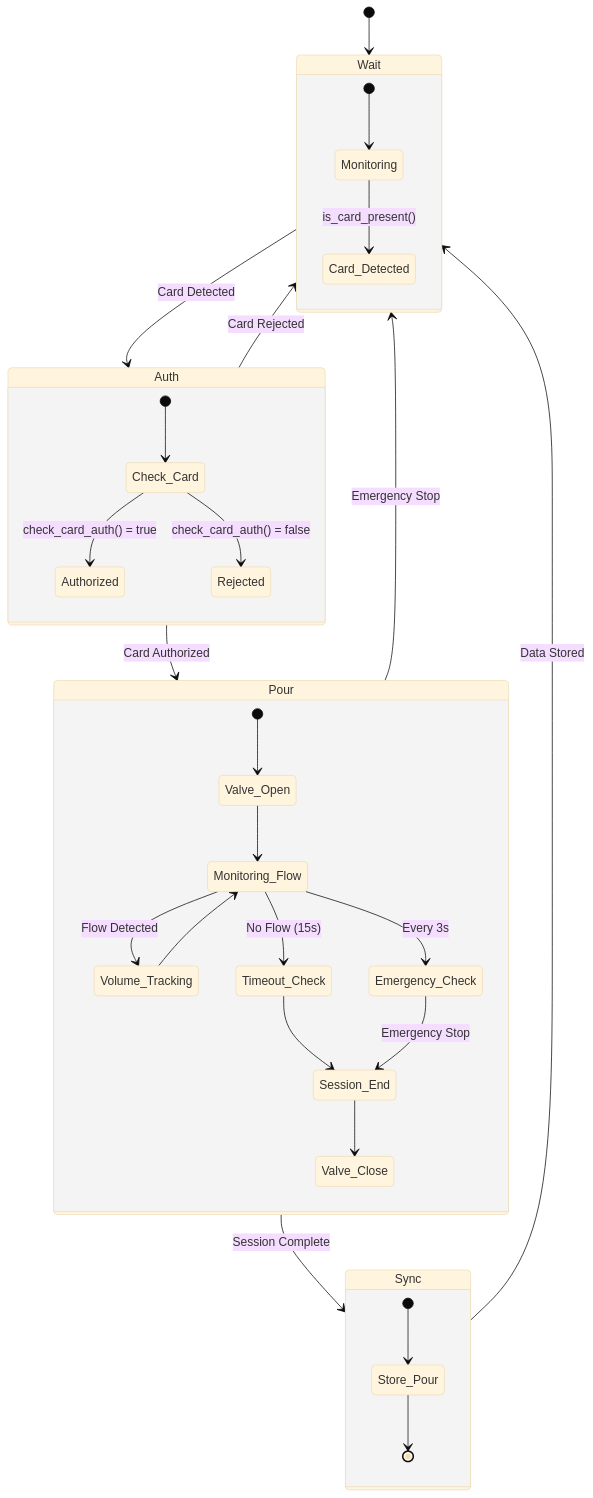
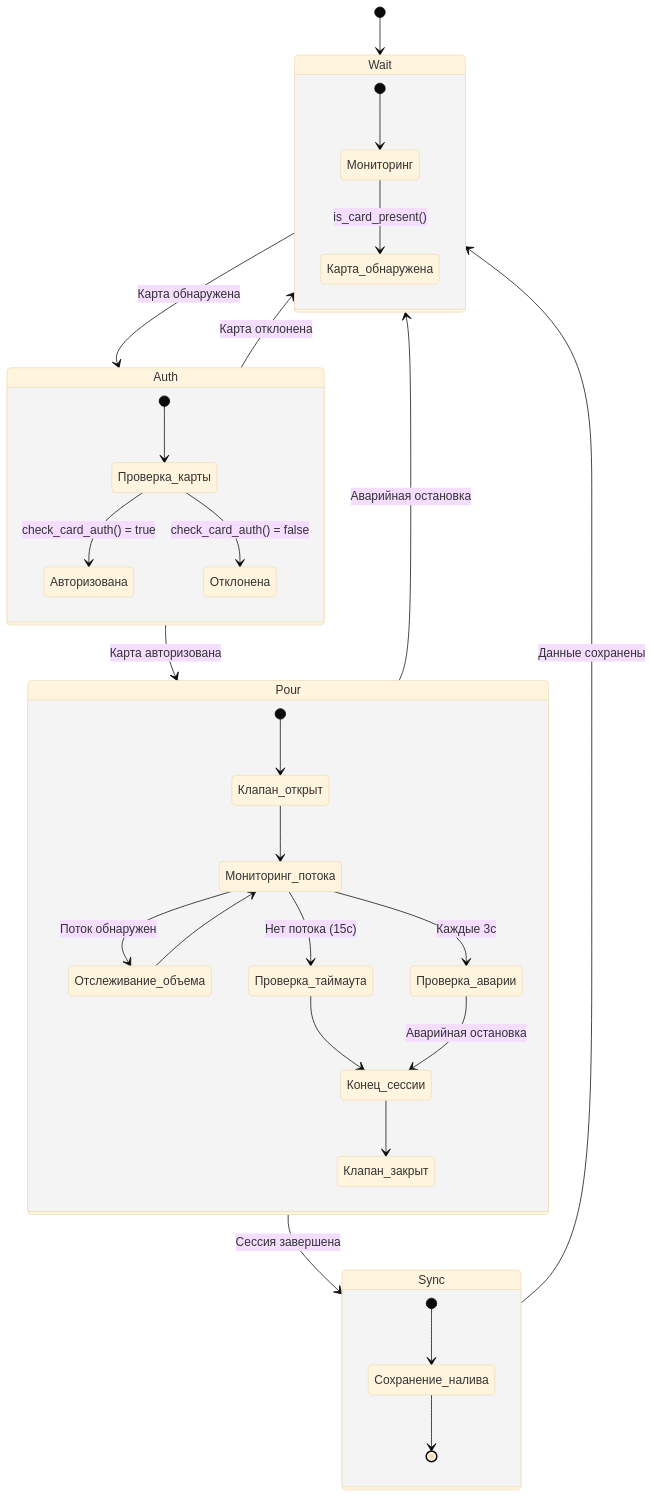
One commit to glebkovalerenko-ui/beer-tap-system changed the diagram in docs/RPI_INTERNALS.md. Above: the diagram before and after it, drawn with Mermaid (base theme). The commit also changed other lines of this file and 3 other files, not shown here.

````diff
--- a/docs/RPI_INTERNALS.md
+++ b/docs/RPI_INTERNALS.md
@@ -15,38 +13,38 @@
 ```mermaid
 stateDiagram-v2
     [*] --> Wait
-    Wait --> Auth : Card Detected
-    Auth --> Pour : Card Authorized
-    Auth --> Wait : Card Rejected
-    Pour --> Sync : Session Complete
-    Pour --> Wait : Emergency Stop
-    Sync --> Wait : Data Stored
+    Wait --> Auth : Карта обнаружена
+    Auth --> Pour : Карта авторизована
+    Auth --> Wait : Карта отклонена
+    Pour --> Sync : Сессия завершена
+    Pour --> Wait : Аварийная остановка
+    Sync --> Wait : Данные сохранены
     
     state Wait {
-        [*] --> Monitoring
-        Monitoring --> Card_Detected : is_card_present()
+        [*] --> Мониторинг
+        Мониторинг --> Карта_обнаружена : is_card_present()
     }
     
     state Auth {
-        [*] --> Check_Card
-        Check_Card --> Authorized : check_card_auth() = true
-        Check_Card --> Rejected : check_card_auth() = false
+        [*] --> Проверка_карты
+        Проверка_карты --> Авторизована : check_card_auth() = true
+        Проверка_карты --> Отклонена : check_card_auth() = false
     }
     
     state Pour {
-        [*] --> Valve_Open
-        Valve_Open --> Monitoring_Flow
-        Monitoring_Flow --> Volume_Tracking : Flow Detected
-        Monitoring_Flow --> Timeout_Check : No Flow (15s)
-        Monitoring_Flow --> Emergency_Check : Every 3s
-        Volume_Tracking --> Monitoring_Flow
-        Timeout_Check --> Session_End
-        Emergency_Check --> Session_End : Emergency Stop
-        Session_End --> Valve_Close
+        [*] --> Клапан_открыт
+        Клапан_открыт --> Мониторинг_потока
+        Мониторинг_потока --> Отслеживание_объема : Поток обнаружен
+        Мониторинг_потока --> Проверка_таймаута : Нет потока (15с)
+        Мониторинг_потока --> Проверка_аварии : Каждые 3с
+        Отслеживание_объема --> Мониторинг_потока
+        Проверка_таймаута --> Конец_сессии
+        Проверка_аварии --> Конец_сессии : Аварийная остановка
+        Конец_сессии --> Клапан_закрыт
     }
     
     state Sync {
-        [*] --> Store_Pour
-        Store_Pour --> [*]
+        [*] --> Сохранение_налива
+        Сохранение_налива --> [*]
     }
 ```
````
